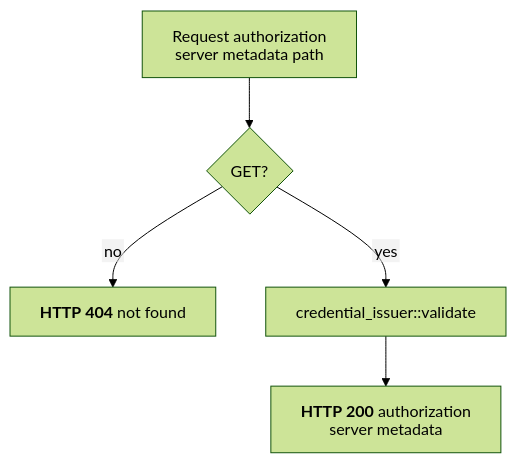
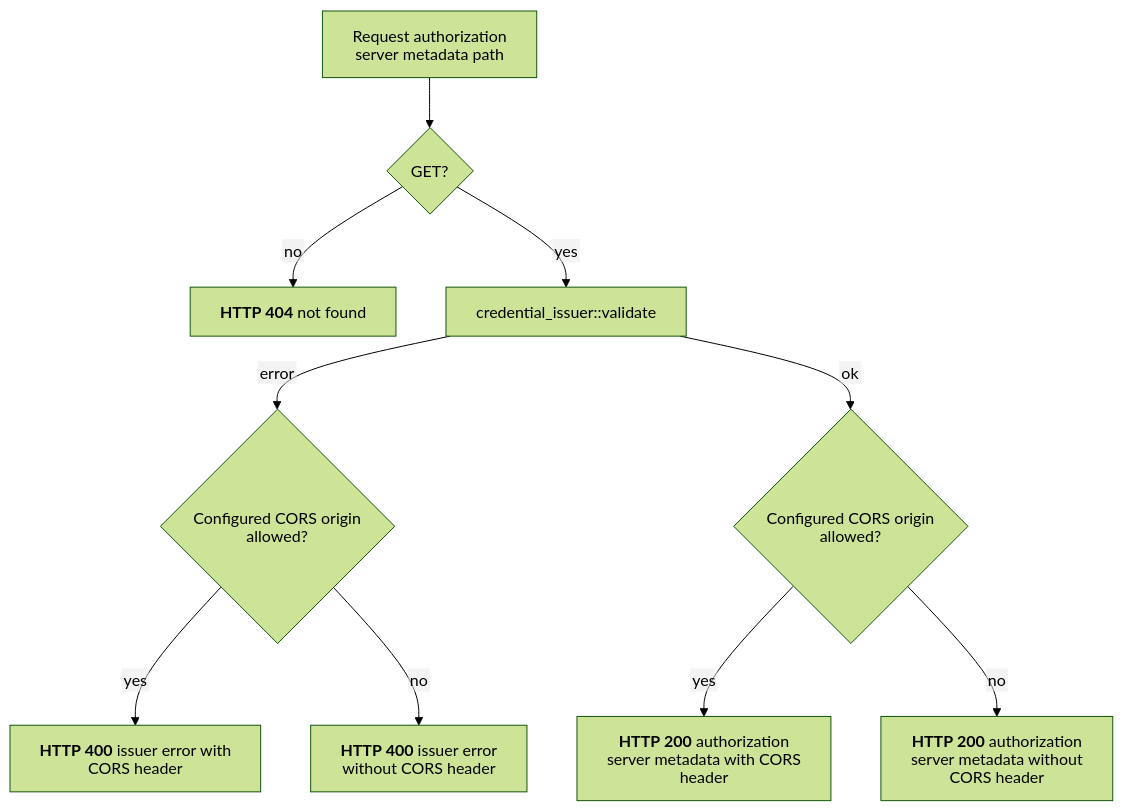
The diagram in docs/flows/openid4vci/authorization_server_metadata_endpoint.mmd (malach-it/kagome), drawn with Mermaid (forest theme) before and after one commit. The commit also changed 25 other files, not shown here.

```diff
--- a/docs/flows/openid4vci/authorization_server_metadata_endpoint.mmd
+++ b/docs/flows/openid4vci/authorization_server_metadata_endpoint.mmd
@@ -1,6 +1,11 @@
 %%{init: {"htmlLabels": false, "flowchart": {"htmlLabels": false}}}%%
 flowchart TD
     start[Request authorization server metadata path] --> method{GET?}
     method -- no --> not_found["`**HTTP 404** not found`"]
     method -- yes --> issuer["credential_issuer::validate"]
-    issuer --> success["`**HTTP 200** authorization server metadata`"]
+    issuer -- error --> error_origin{Configured CORS origin allowed?}
+    issuer -- ok --> success_origin{Configured CORS origin allowed?}
+    error_origin -- yes --> cors_error["`**HTTP 400** issuer error with CORS header`"]
+    error_origin -- no --> error["`**HTTP 400** issuer error without CORS header`"]
+    success_origin -- yes --> cors_success["`**HTTP 200** authorization server metadata with CORS header`"]
+    success_origin -- no --> success["`**HTTP 200** authorization server metadata without CORS header`"]
```
